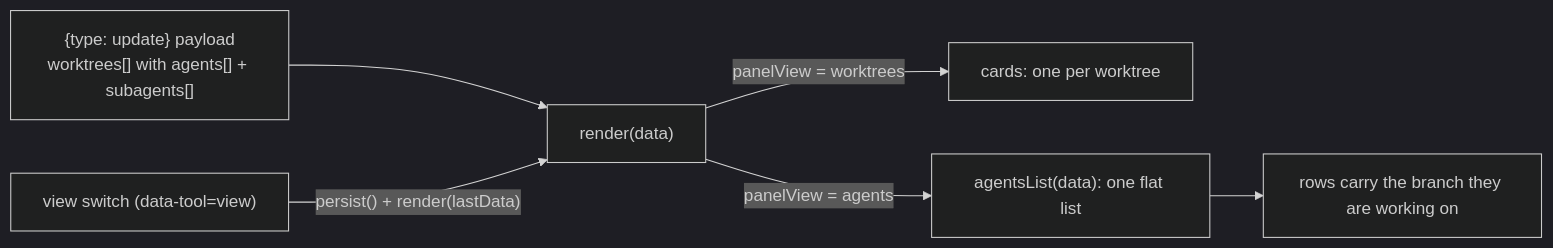
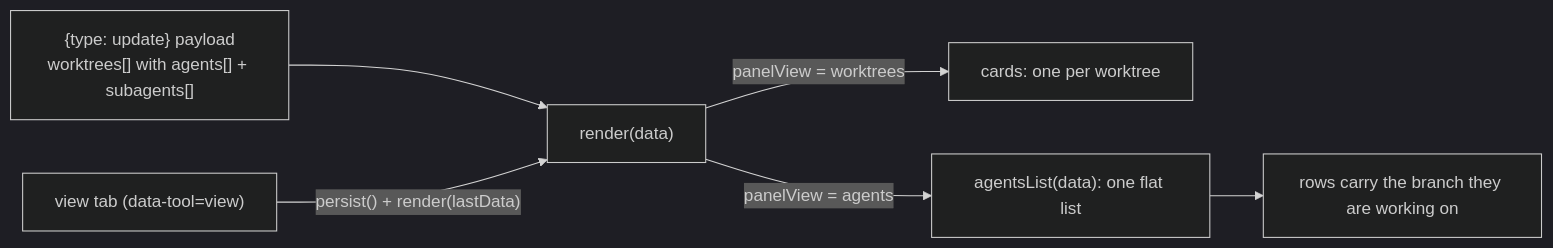
Before and after one commit to BradenTerry/agent-worktrees: the first of 2 diagrams in docs/agents-view.md, drawn with Mermaid (dark theme). The commit also changed other lines of this file and 12 other files, not shown here.

First line of the commit message:
Make the view switch a tab strip (#106)

````diff
--- a/docs/agents-view.md
+++ b/docs/agents-view.md
@@ -37,8 +53,8 @@
 ```mermaid
 flowchart LR
     U["{type: update} payload<br/>worktrees[] with agents[] + subagents[]"] --> R["render(data)"]
     R -->|panelView = worktrees| C["cards: one per worktree"]
     R -->|panelView = agents| A["agentsList(data): one flat list"]
-    S["view switch (data-tool=view)"] -->|"persist() + render(lastData)"| R
+    S["view tab (data-tool=view)"] -->|"persist() + render(lastData)"| R
     A --> RW["rows carry the branch they are working on"]
 ```
````
